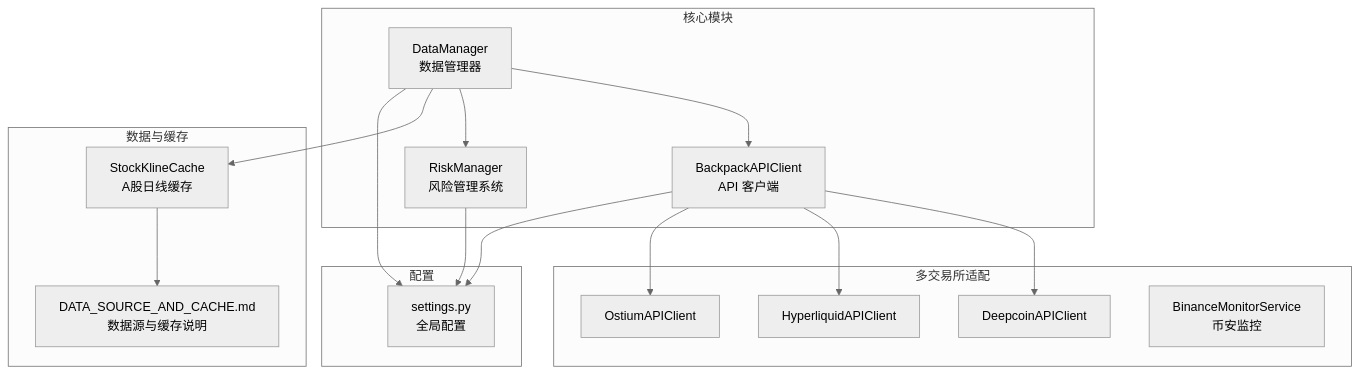
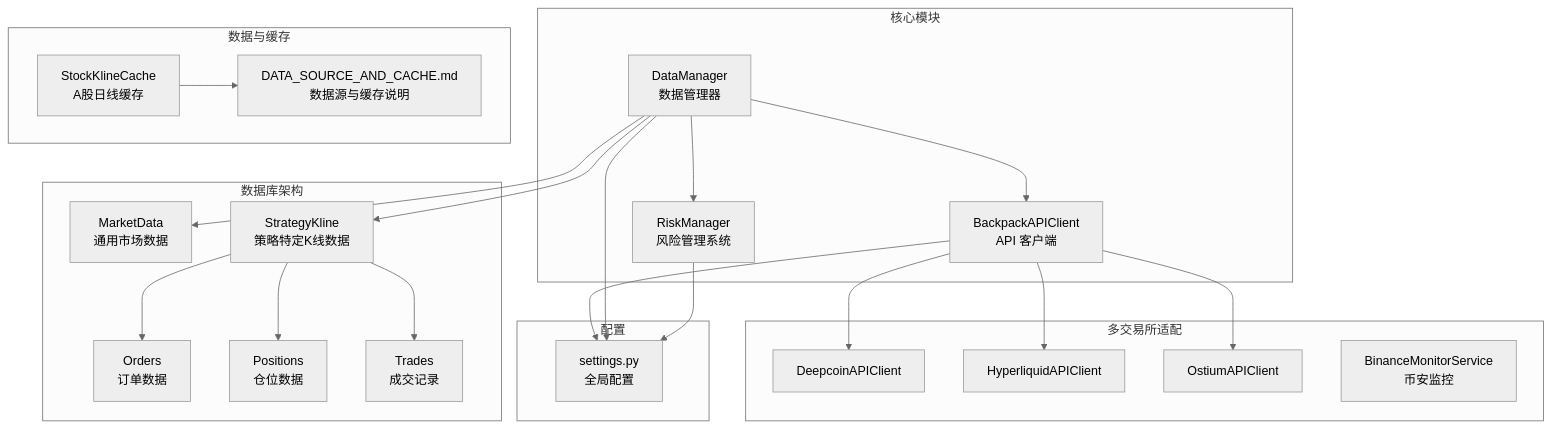
One commit to zyf266/ending changed the first of 9 diagrams in .qoder/repowiki/zh/content/核心模块详解/数据管理模块/数据管理模块.md. Above: the diagram before and after it, drawn with Mermaid (neutral theme). The commit also changed other lines of this file and 60 other files, not shown here.

````diff
--- a/.qoder/repowiki/zh/content/核心模块详解/数据管理模块/数据管理模块.md
+++ b/.qoder/repowiki/zh/content/核心模块详解/数据管理模块/数据管理模块.md
@@ -40,31 +51,42 @@
 ```mermaid
 graph TB
 subgraph "核心模块"
 DM["DataManager<br/>数据管理器"]
 AC["BackpackAPIClient<br/>API 客户端"]
 RM["RiskManager<br/>风险管理系统"]
+end
+subgraph "数据库架构"
+MD["MarketData<br/>通用市场数据"]
+SK["StrategyKline<br/>策略特定K线数据"]
+OP["Orders<br/>订单数据"]
+PS["Positions<br/>仓位数据"]
+TR["Trades<br/>成交记录"]
 end
 subgraph "多交易所适配"
 DC["DeepcoinAPIClient"]
 HC["HyperliquidAPIClient"]
 OC["OstiumAPIClient"]
 BC["BinanceMonitorService<br/>币安监控"]
 end
 subgraph "数据与缓存"
 SKC["StockKlineCache<br/>A股日线缓存"]
 DOC["DATA_SOURCE_AND_CACHE.md<br/>数据源与缓存说明"]
 end
 subgraph "配置"
 CFG["settings.py<br/>全局配置"]
 end
 DM --> AC
 AC --> DC
 AC --> HC
 AC --> OC
 DM --> RM
-DM --> SKC
+DM --> MD
+DM --> SK
+SK --> OP
+SK --> PS
+SK --> TR
 SKC --> DOC
 AC --> CFG
 DM --> CFG
 RM --> CFG
 ```
````
